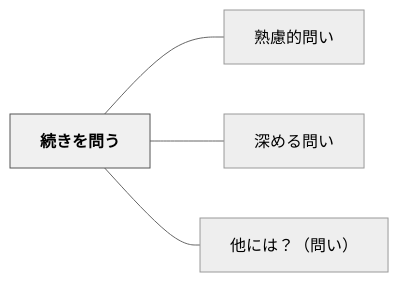
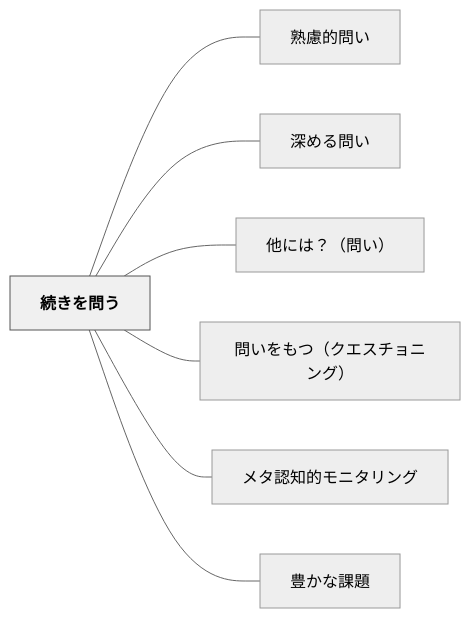
The diagram in content/パタン/続きを問う.md (unknownthings-ed-patterns/unknownthings-ed-patterns), drawn with Mermaid (neutral theme) before and after one commit. The commit also changed other lines of this file and 71 other files, not shown here.

````diff
--- a/content/パタン/続きを問う.md
+++ b/content/パタン/続きを問う.md
@@ -40,14 +43,20 @@
 ```mermaid
 flowchart LR
     ne7b69ae3818de38292e5958fe38186["続きを問う"]
     ne7869fe685aee79a84e5958fe38184["熟慮的問い"]
     ne6b7b1e38281e3828be5958fe38184["深める問い"]
     ne4bb96e381abe381afefbc9fefbc88e5958fe38184efbc89["他には？（問い）"]
+    ne5958fe38184e38292e38282e381a4efbc88e382afe382a8e382b9e38381e383a7e3838be383b3e382b0efbc89["問いをもつ（クエスチョニング）"]
+    ne383a1e382bfe8aa8de79fa5e79a84e383a2e3838be382bfe383aae383b3e382b0["メタ認知的モニタリング"]
+    ne8b18ae3818be381aae8aab2e9a18c["豊かな課題"]
 
     ne7b69ae3818de38292e5958fe38186 --- ne7869fe685aee79a84e5958fe38184
     ne7b69ae3818de38292e5958fe38186 --- ne6b7b1e38281e3828be5958fe38184
     ne7b69ae3818de38292e5958fe38186 --- ne4bb96e381abe381afefbc9fefbc88e5958fe38184efbc89
+    ne7b69ae3818de38292e5958fe38186 --- ne5958fe38184e38292e38282e381a4efbc88e382afe382a8e382b9e38381e383a7e3838be383b3e382b0efbc89
+    ne7b69ae3818de38292e5958fe38186 --- ne383a1e382bfe8aa8de79fa5e79a84e383a2e3838be382bfe383aae383b3e382b0
+    ne7b69ae3818de38292e5958fe38186 --- ne8b18ae3818be381aae8aab2e9a18c
 
     classDef hub fill:#f0f0f0,stroke:#555,color:#000,font-weight:bold
     class ne7b69ae3818de38292e5958fe38186 hub
 ```
````
